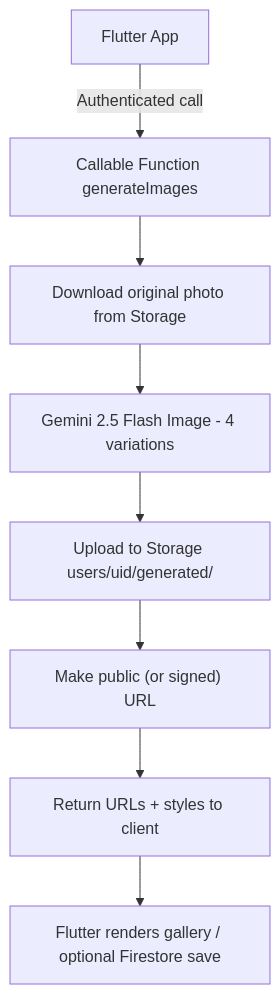
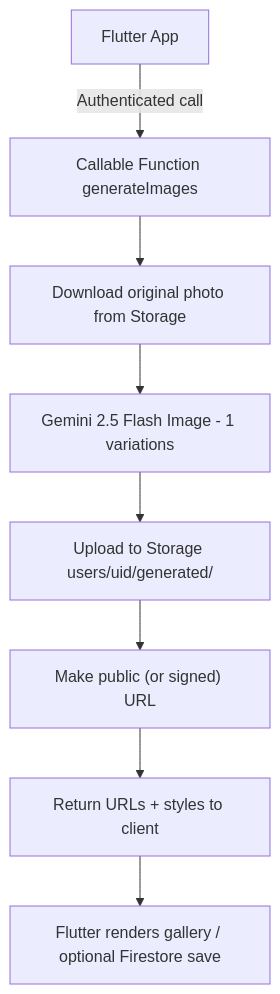
Before and after one commit to IlhamGhaza/photo_ai: the diagram in functions/README.md, drawn with Mermaid. The commit also changed 13 other files, not shown here.

````diff
--- a/functions/README.md
+++ b/functions/README.md
@@ -122,10 +122,10 @@
 ```mermaid
 flowchart TD
   A[Flutter App] -->|Authenticated call| B[Callable Function generateImages]
   B --> C[Download original photo from Storage]
-  C --> D[Gemini 2.5 Flash Image - 4 variations]
+  C --> D[Gemini 2.5 Flash Image - 1 variations]
   D --> E[Upload to Storage users/uid/generated/]
   E --> F["Make public (or signed) URL"]
   F --> G[Return URLs + styles to client]
   G --> H[Flutter renders gallery / optional Firestore save]
 ```
````
